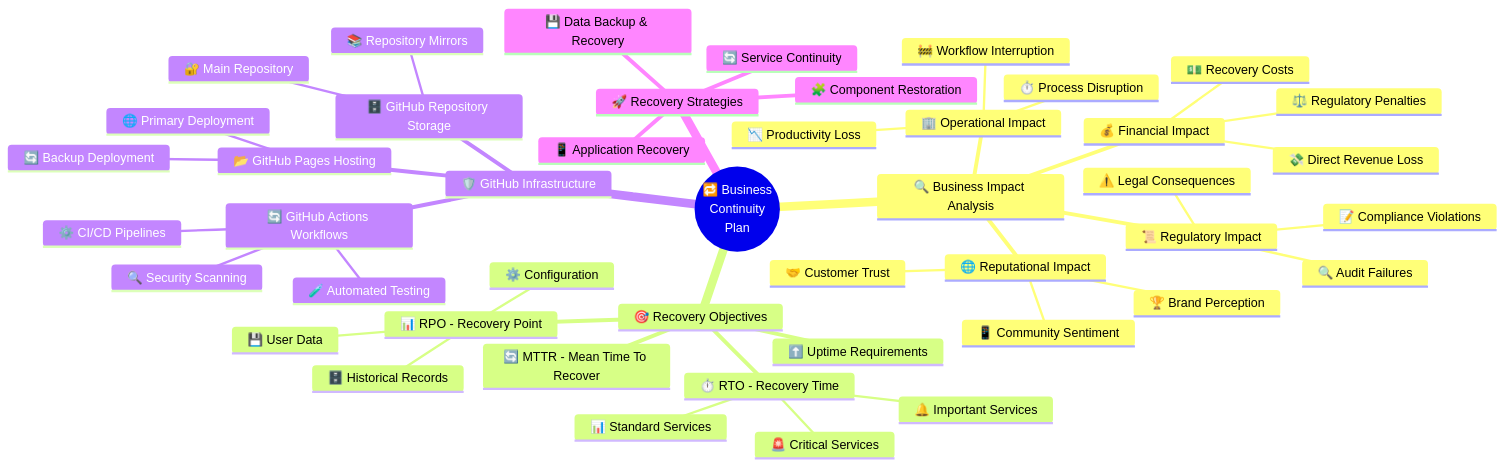
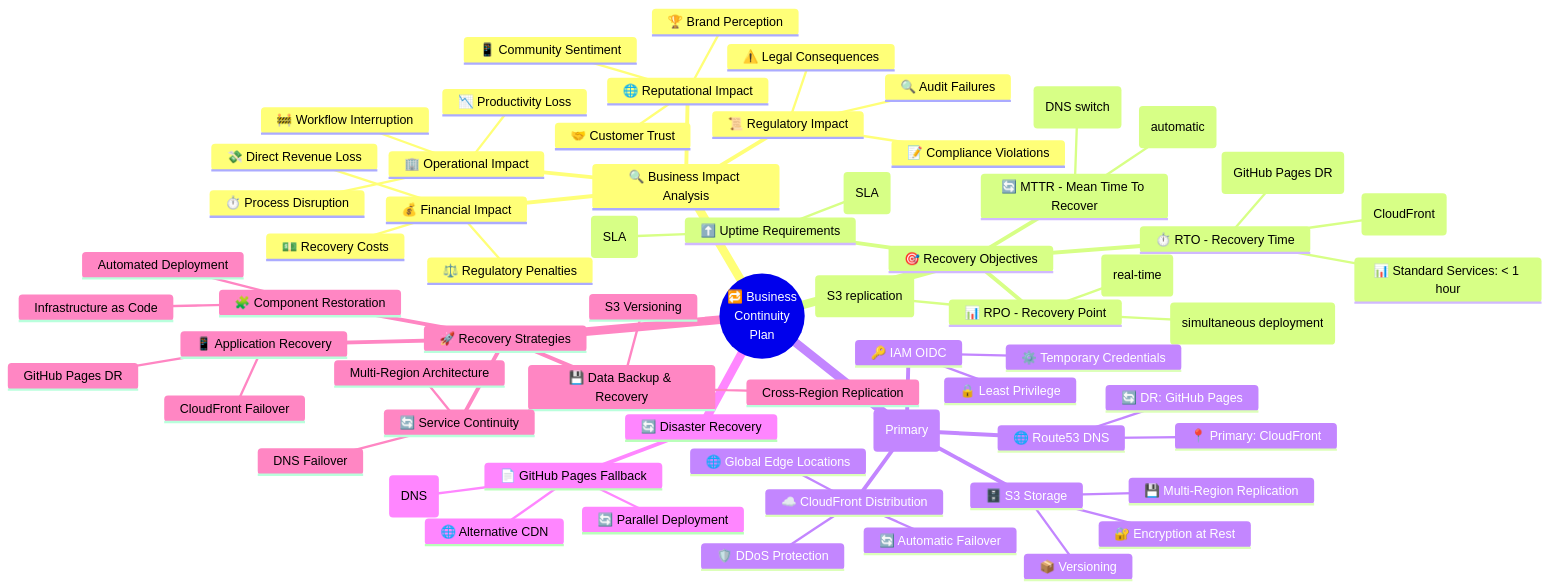
One commit to Hack23/cia-compliance-manager changed the first of 33 diagrams in docs/architecture/BCPPlan.md. Above: the diagram before and after it, drawn with Mermaid. The commit also changed other lines of this file and 6 other files, not shown here.

First line of the commit message:
Update architecture documentation to reflect AWS CloudFront + S3 multi-region deployment

````diff
--- a/docs/architecture/BCPPlan.md
+++ b/docs/architecture/BCPPlan.md
@@ -7,48 +7,69 @@
 ```mermaid
 mindmap
   root((🔁 Business<br>Continuity<br>Plan))
     🔍 Business Impact Analysis
       💰 Financial Impact
         💸 Direct Revenue Loss
         💵 Recovery Costs
         ⚖️ Regulatory Penalties
       🏢 Operational Impact
         ⏱️ Process Disruption
         📉 Productivity Loss
         🚧 Workflow Interruption
       🌐 Reputational Impact
         🤝 Customer Trust
         🏆 Brand Perception
         📱 Community Sentiment
       📜 Regulatory Impact
         📝 Compliance Violations
         🔍 Audit Failures
         ⚠️ Legal Consequences
     🎯 Recovery Objectives
       ⏱️ RTO - Recovery Time
-        🚨 Critical Services
-        🔔 Important Services
-        📊 Standard Services
+        🚨 Critical Services: < 5 min (CloudFront)
+        🔔 Important Services: < 15 min (GitHub Pages DR)
+        📊 Standard Services: < 1 hour
       📊 RPO - Recovery Point
-        💾 User Data
-        ⚙️ Configuration
-        🗄️ Historical Records
+        💾 User Data: 0 (real-time)
+        ⚙️ Configuration: 0 (simultaneous deployment)
+        🗄️ Historical Records: < 1 min (S3 replication)
       🔄 MTTR - Mean Time To Recover
+        ☁️ CloudFront: < 5 min (automatic)
+        📄 GitHub Pages DR: < 15 min (DNS switch)
       ⬆️ Uptime Requirements
-    🛡️ GitHub Infrastructure
-      📂 GitHub Pages Hosting
-        🌐 Primary Deployment
-        🔄 Backup Deployment
-      🗄️ GitHub Repository Storage
-        🔐 Main Repository
-        📚 Repository Mirrors
-      🔄 GitHub Actions Workflows
-        ⚙️ CI/CD Pipelines
-        🧪 Automated Testing
-        🔍 Security Scanning
+        ☁️ CloudFront: 99.9% (SLA)
+        💾 S3 Multi-Region: 99.99% (SLA)
+    🛡️ AWS Infrastructure (Primary)
+      ☁️ CloudFront Distribution
+        🌐 Global Edge Locations
+        🔄 Automatic Failover
+        🛡️ DDoS Protection
+      🗄️ S3 Storage
+        💾 Multi-Region Replication
+        🔐 Encryption at Rest
+        📦 Versioning
+      🌐 Route53 DNS
+        📍 Primary: CloudFront
+        🔄 DR: GitHub Pages
+      🔑 IAM OIDC
+        ⚙️ Temporary Credentials
+        🔒 Least Privilege
+    🔄 Disaster Recovery
+      📄 GitHub Pages Fallback
+        🔄 Parallel Deployment
+        📊 < 15 min RTO (DNS)
+        🌐 Alternative CDN
     🚀 Recovery Strategies
       💾 Data Backup & Recovery
+        S3 Versioning
+        Cross-Region Replication
       📱 Application Recovery
+        CloudFront Failover
+        GitHub Pages DR
       🧩 Component Restoration
+        Automated Deployment
+        Infrastructure as Code
       🔄 Service Continuity
+        Multi-Region Architecture
+        DNS Failover
 ```
````
